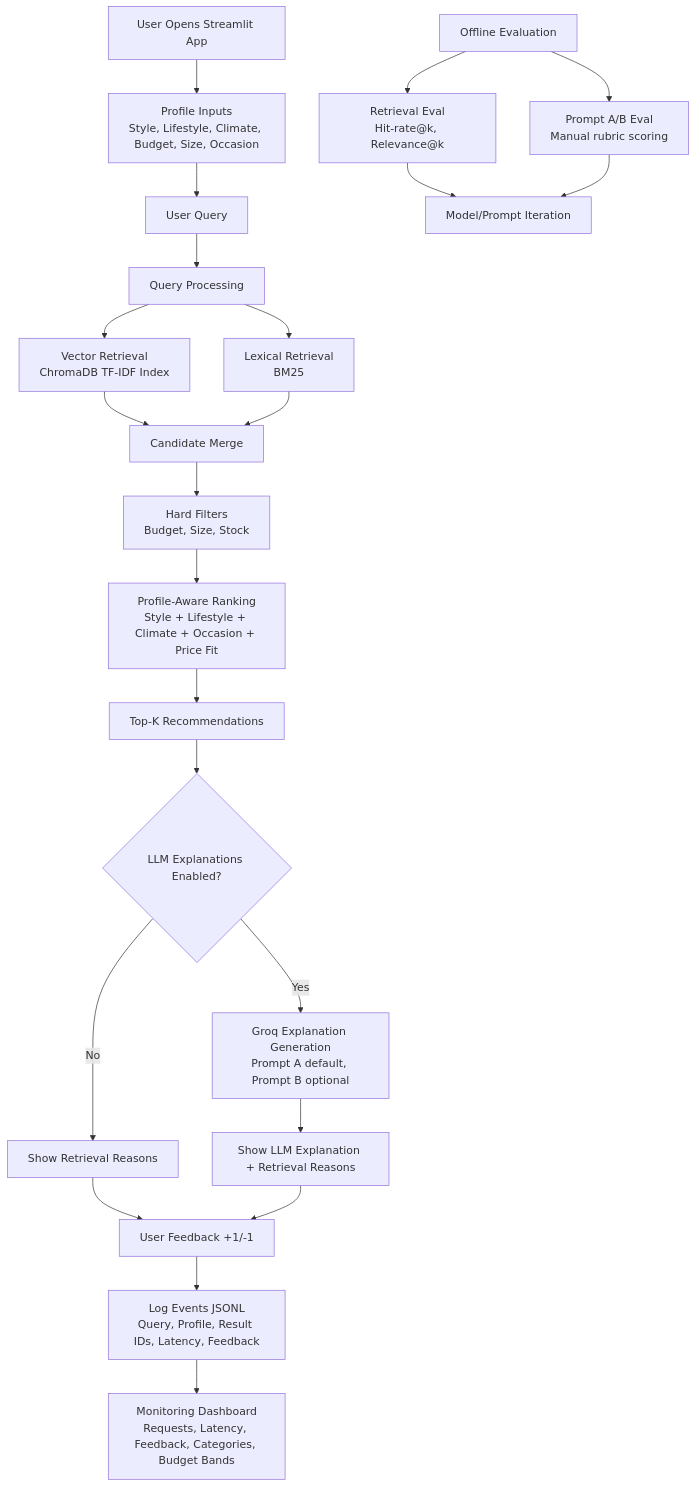
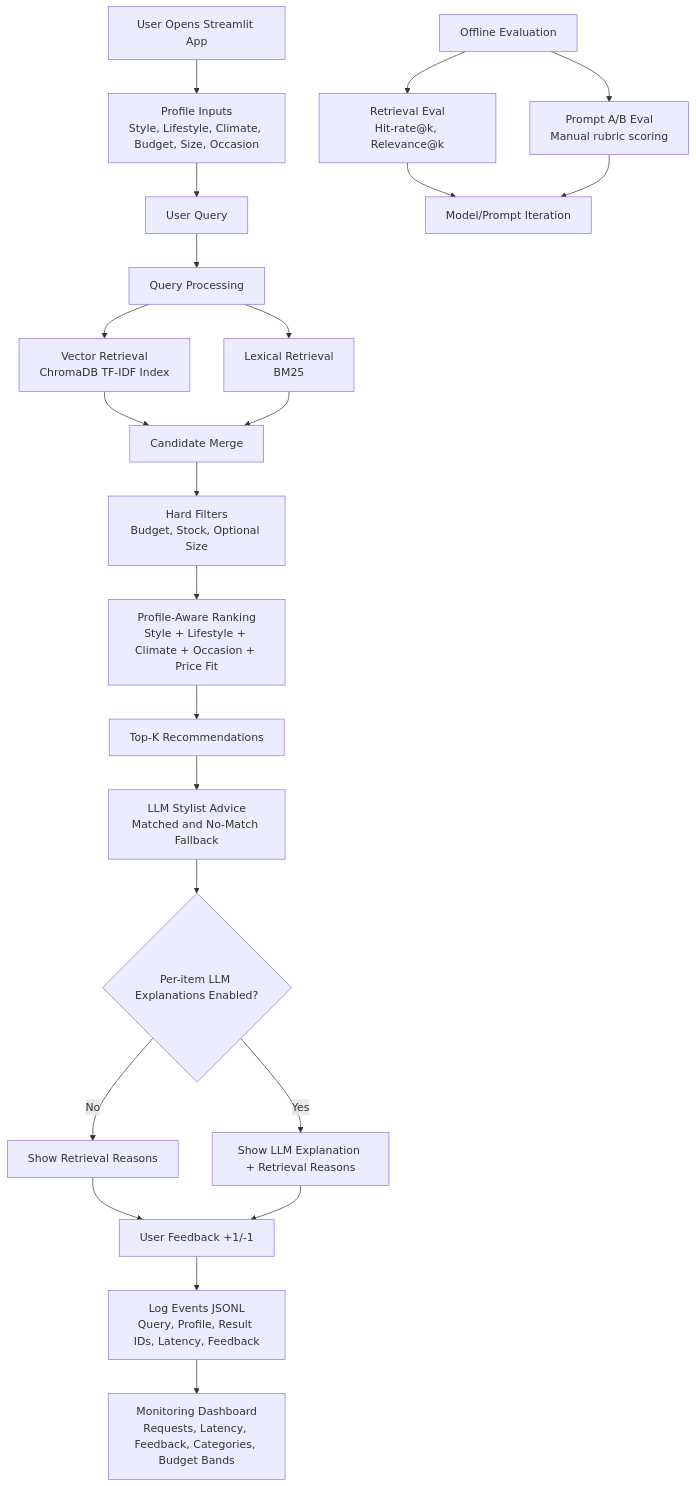
One commit to thesalmajudah/lifestyled-ai changed the diagram in README.md. Above: the diagram before and after it, drawn with Mermaid. The commit also changed other lines of this file, not shown here.

````diff
--- a/README.md
+++ b/README.md
@@ -78,32 +80,32 @@
 ```mermaid
 flowchart TD
 	A[User Opens Streamlit App] --> B[Profile Inputs<br/>Style, Lifestyle, Climate, Budget, Size, Occasion]
 	B --> C[User Query]
 	C --> D[Query Processing]
 
 	D --> E[Vector Retrieval<br/>ChromaDB TF-IDF Index]
 	D --> F[Lexical Retrieval<br/>BM25]
 
 	E --> G[Candidate Merge]
 	F --> G
 
-	G --> H[Hard Filters<br/>Budget, Size, Stock]
+	G --> H[Hard Filters<br/>Budget, Stock, Optional Size]
 	H --> I[Profile-Aware Ranking<br/>Style + Lifestyle + Climate + Occasion + Price Fit]
 	I --> J[Top-K Recommendations]
 
-	J --> K{LLM Explanations Enabled?}
-	K -- No --> L[Show Retrieval Reasons]
-	K -- Yes --> M[Groq Explanation Generation<br/>Prompt A default, Prompt B optional]
-	M --> N[Show LLM Explanation + Retrieval Reasons]
+	J --> K[LLM Stylist Advice<br/>Matched and No-Match Fallback]
+	K --> L{Per-item LLM Explanations Enabled?}
+	L -- No --> M[Show Retrieval Reasons]
+	L -- Yes --> N[Show LLM Explanation + Retrieval Reasons]
 
-	L --> O[User Feedback +1/-1]
+	M --> O[User Feedback +1/-1]
 	N --> O
 
 	O --> P[Log Events JSONL<br/>Query, Profile, Result IDs, Latency, Feedback]
 	P --> Q[Monitoring Dashboard<br/>Requests, Latency, Feedback, Categories, Budget Bands]
 
 	R[Offline Evaluation] --> S[Retrieval Eval<br/>Hit-rate@k, Relevance@k]
 	R --> T[Prompt A/B Eval<br/>Manual rubric scoring]
 	S --> U[Model/Prompt Iteration]
 	T --> U
 ```
````
